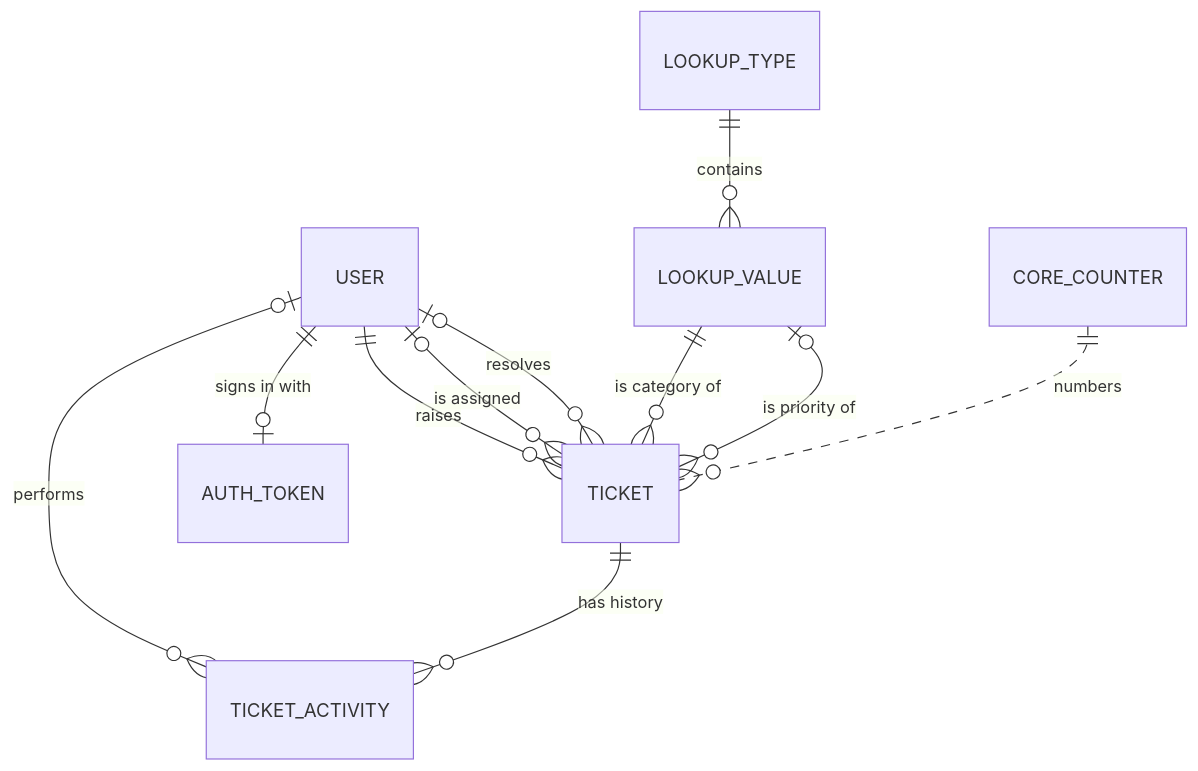
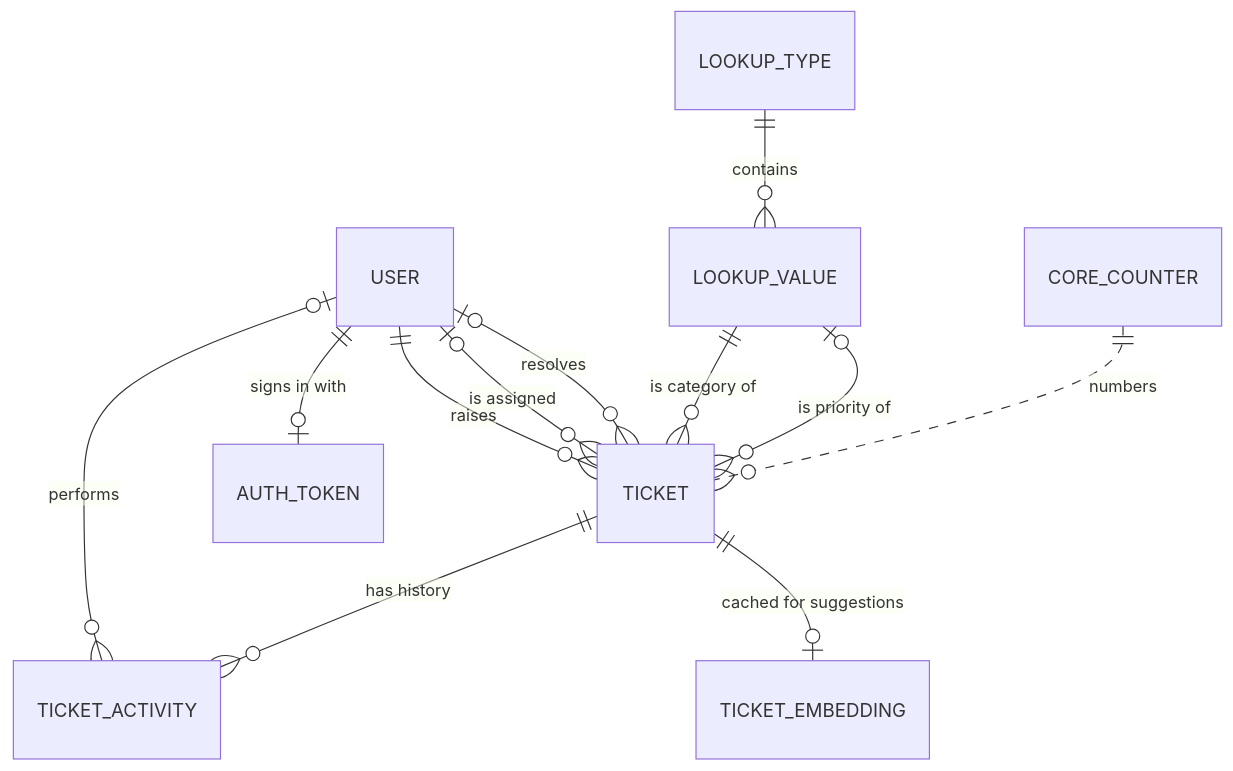
Before and after one commit to arunsanjeevms/Smart-Support-Desk: the first of 5 diagrams in docs/ER_DIAGRAMS.md, drawn with Mermaid. The commit also changed other lines of this file and 3 other files, not shown here.

First line of the commit message:
Document how the similar ticket suggestions work, with real examples

````diff
--- a/docs/ER_DIAGRAMS.md
+++ b/docs/ER_DIAGRAMS.md
@@ -45,13 +47,14 @@
 ```mermaid
 erDiagram
     USER ||--o{ TICKET : "raises"
     USER |o--o{ TICKET : "is assigned"
     USER |o--o{ TICKET : "resolves"
     USER |o--o{ TICKET_ACTIVITY : "performs"
     USER ||--o| AUTH_TOKEN : "signs in with"
     TICKET ||--o{ TICKET_ACTIVITY : "has history"
     LOOKUP_TYPE ||--o{ LOOKUP_VALUE : "contains"
     LOOKUP_VALUE ||--o{ TICKET : "is category of"
     LOOKUP_VALUE |o--o{ TICKET : "is priority of"
     CORE_COUNTER ||..o{ TICKET : "numbers"
+    TICKET ||--o| TICKET_EMBEDDING : "cached for suggestions"
 ```
````
